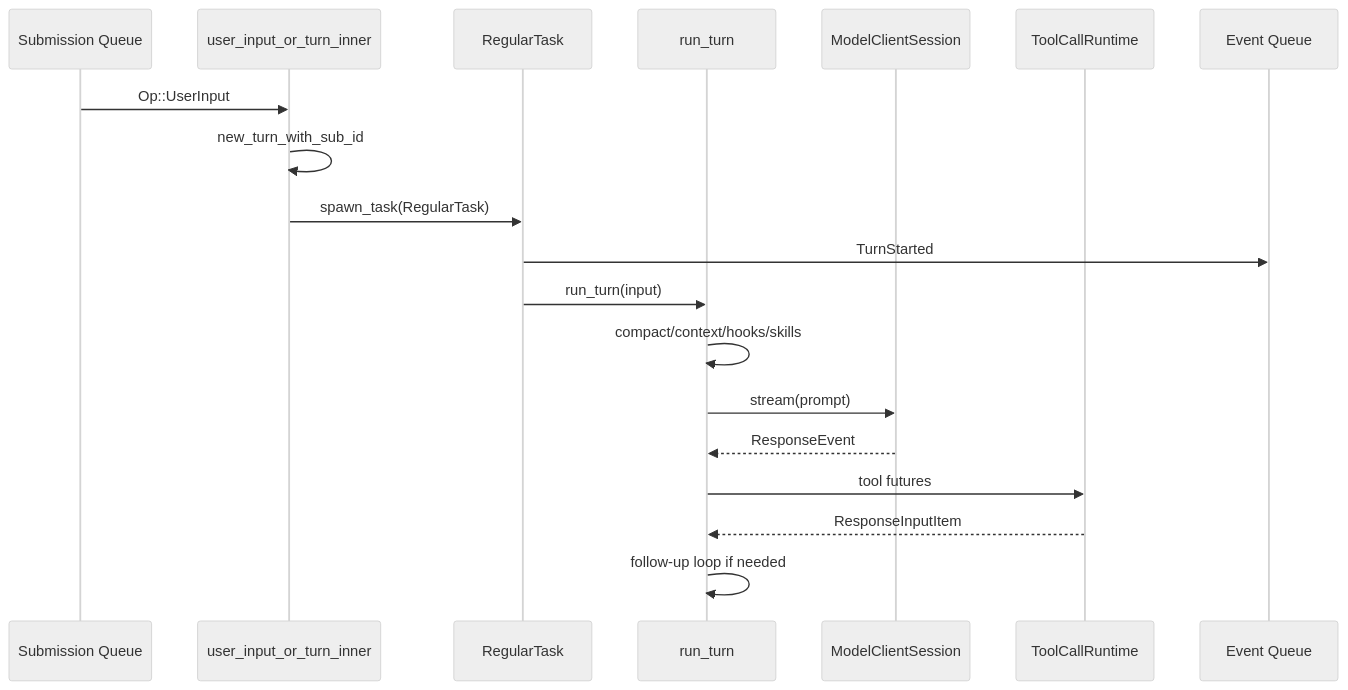
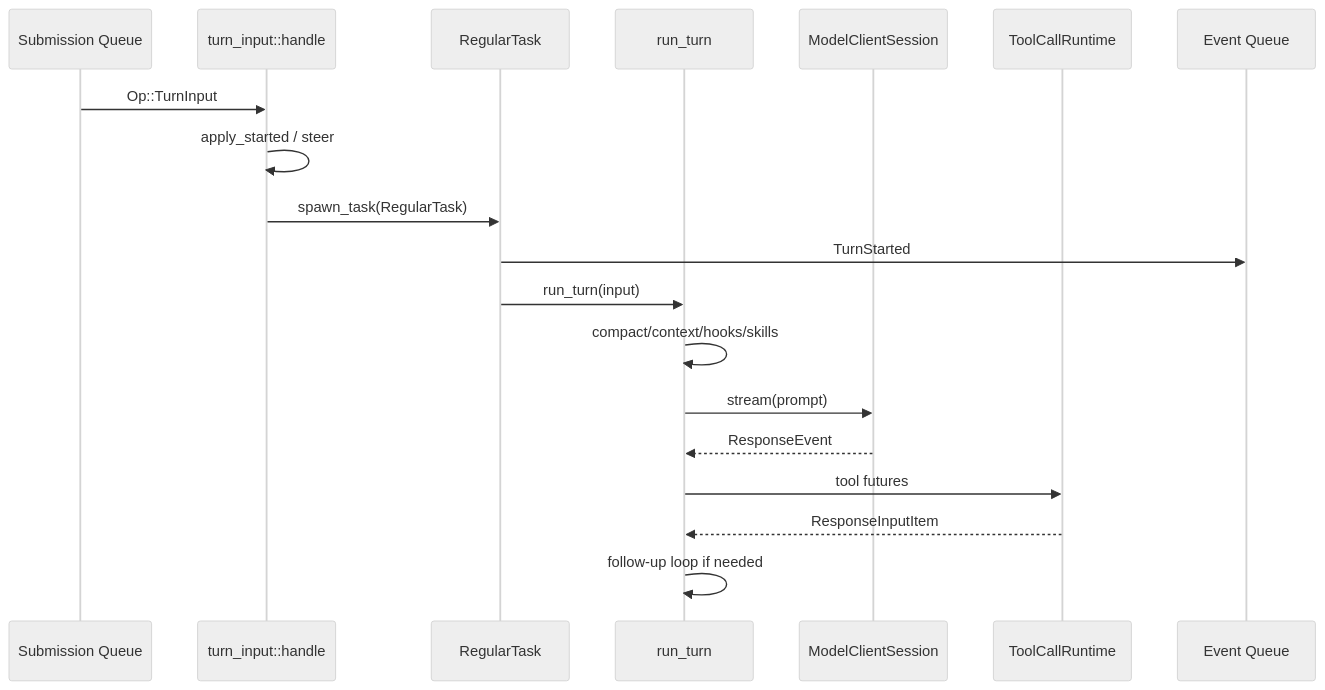
The diagram in docs/llm-wiki/codex/spine/turn-end-to-end.md (wdnmdtonyma/SOTA-Agent-LLM-Wiki), drawn with Mermaid (neutral theme) before and after one commit. The commit also changed other lines of this file and 197 other files, not shown here.

````diff
--- a/docs/llm-wiki/codex/spine/turn-end-to-end.md
+++ b/docs/llm-wiki/codex/spine/turn-end-to-end.md
@@ -23,21 +23,21 @@
 ```mermaid
 sequenceDiagram
     participant SQ as Submission Queue
-    participant Handler as user_input_or_turn_inner
+    participant Handler as turn_input::handle
     participant Task as RegularTask
     participant Turn as run_turn
     participant Model as ModelClientSession
     participant Tool as ToolCallRuntime
     participant EQ as Event Queue
-    SQ->>Handler: Op::UserInput
-    Handler->>Handler: new_turn_with_sub_id
+    SQ->>Handler: Op::TurnInput
+    Handler->>Handler: apply_started / steer
     Handler->>Task: spawn_task(RegularTask)
     Task->>EQ: TurnStarted
     Task->>Turn: run_turn(input)
     Turn->>Turn: compact/context/hooks/skills
     Turn->>Model: stream(prompt)
     Model-->>Turn: ResponseEvent
     Turn->>Tool: tool futures
     Tool-->>Turn: ResponseInputItem
     Turn->>Turn: follow-up loop if needed
 ```
````
